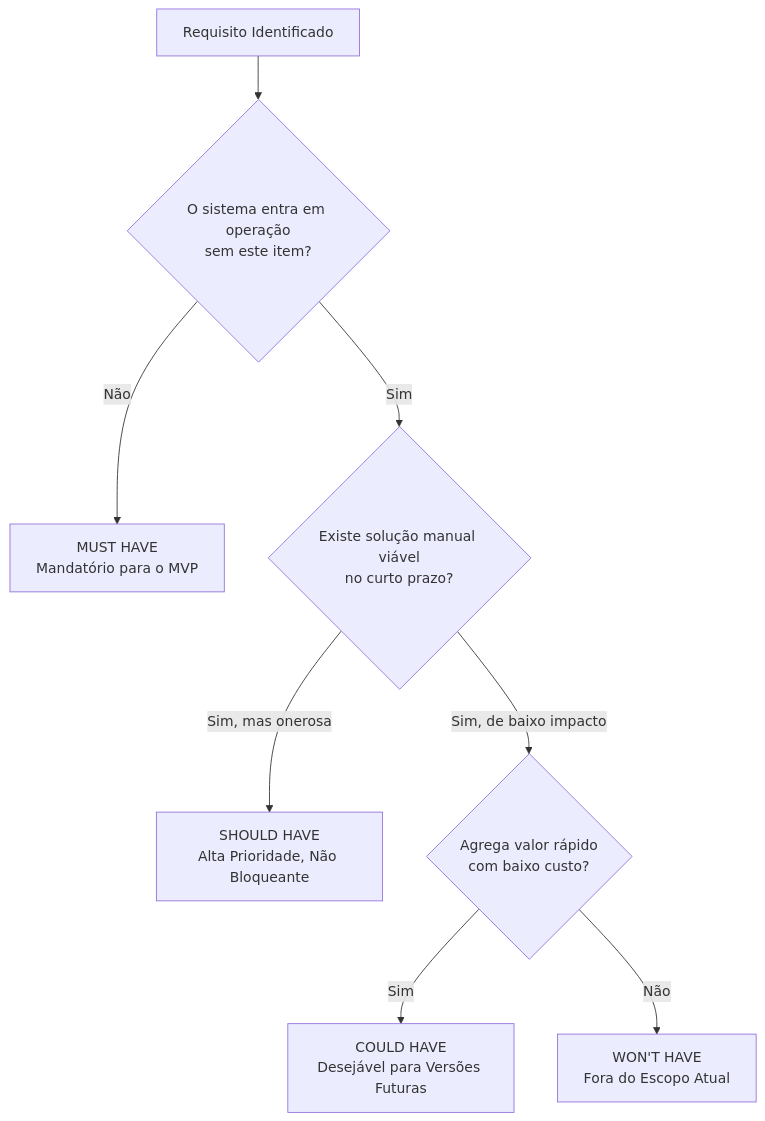
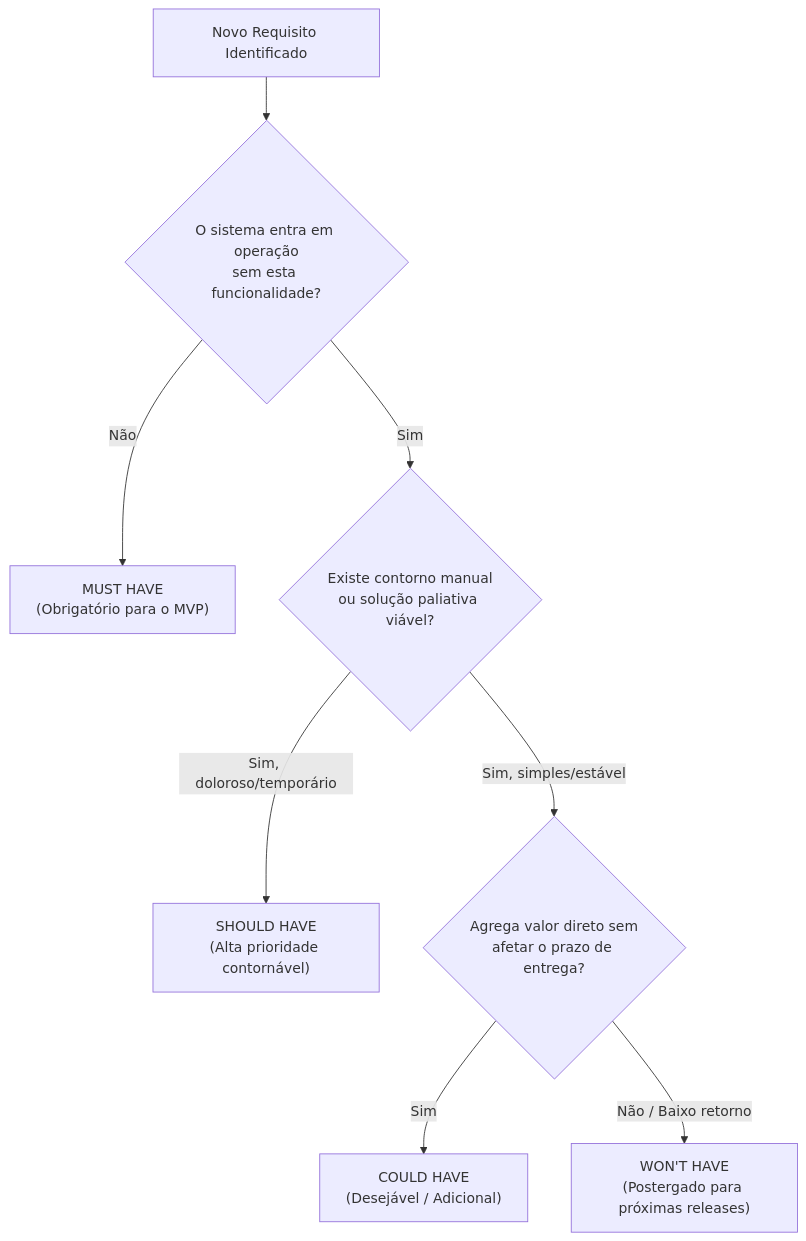
Before and after one commit to murilolol/unifef: diagram 12 of 32 in 4º Semestre/[Prof. Wesley Soares] Engenharia de Software II/Resumos-IA/Caderno-Consolidado.md, drawn with Mermaid. The commit also changed other lines of this file and 10 other files, not shown here.

````diff
--- a/4º Semestre/[Prof. Wesley Soares] Engenharia de Software II/Resumos-IA/Caderno-Consolidado.md
+++ b/4º Semestre/[Prof. Wesley Soares] Engenharia de Software II/Resumos-IA/Caderno-Consolidado.md
@@ -562,10 +519,10 @@
 ```mermaid
 flowchart TD
-    REQ["Requisito Identificado"] --> COND1{"O sistema entra em operação<br>sem este item?"}
-    COND1 -- Não --> M["MUST HAVE<br>Mandatório para o MVP"]
-    COND1 -- Sim --> COND2{"Existe solução manual viável<br>no curto prazo?"}
-    COND2 -- Sim, mas onerosa --> S["SHOULD HAVE<br>Alta Prioridade, Não Bloqueante"]
-    COND2 -- Sim, de baixo impacto --> COND3{"Agrega valor rápido<br>com baixo custo?"}
-    COND3 -- Sim --> C["COULD HAVE<br>Desejável para Versões Futuras"]
-    COND3 -- Não --> W["WON'T HAVE<br>Fora do Escopo Atual"]
+  R["Novo Requisito Identificado"] --> V{"O sistema entra em operação<br>sem esta funcionalidade?"}
+  V -- Não --> M["MUST HAVE<br>(Obrigatório para o MVP)"]
+  V -- Sim --> Wk{"Existe contorno manual<br>ou solução paliativa viável?"}
+  Wk -- Sim, doloroso/temporário --> S["SHOULD HAVE<br>(Alta prioridade contornável)"]
+  Wk -- Sim, simples/estável --> Des{"Agrega valor direto sem<br>afetar o prazo de entrega?"}
+  Des -- Sim --> C["COULD HAVE<br>(Desejável / Adicional)"]
+  Des -- Não / Baixo retorno --> W["WON'T HAVE<br>(Postergado para próximas releases)"]
 ```
````
